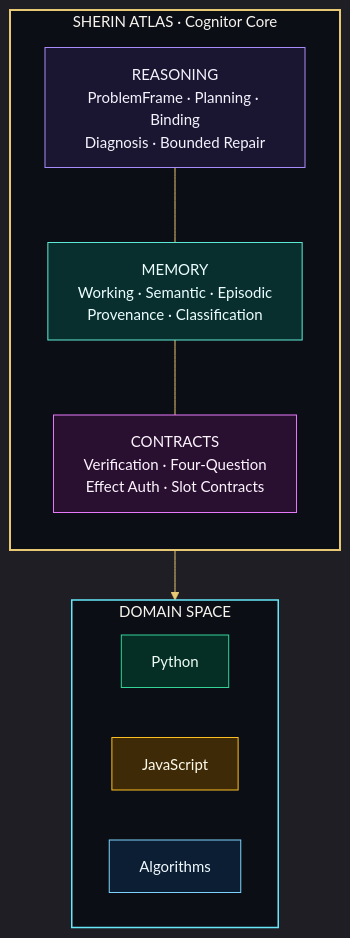
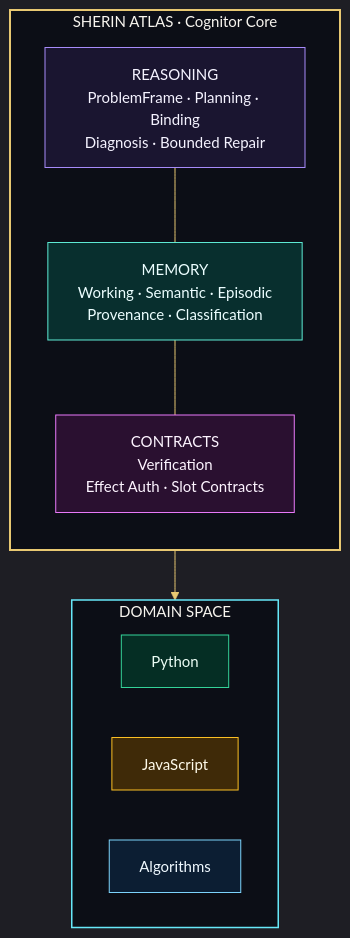
Before and after one commit to rafeez1819/SHERIN-ATLAS-ENGINE: the first of 7 diagrams in artifacts/sherin-atlas/README.md, drawn with Mermaid. The commit also changed other lines of this file and 3 other files, not shown here.

Commit message:
Remove four-question app section

````diff
--- a/artifacts/sherin-atlas/README.md
+++ b/artifacts/sherin-atlas/README.md
@@ -45,30 +45,30 @@
 ```mermaid
 %%{init: {'theme':'dark','themeVariables': {'fontFamily':'Inter, ui-sans-serif, system-ui','fontSize':'15px','lineColor':'#e8c872','primaryTextColor':'#f8f5ef'}}}%%
 flowchart TB
     subgraph CORE["SHERIN ATLAS  ·  Cognitor Core"]
         direction TB
         R["REASONING<br/>ProblemFrame · Planning · Binding<br/>Diagnosis · Bounded Repair"]
         M["MEMORY<br/>Working · Semantic · Episodic<br/>Provenance · Classification"]
-        C["CONTRACTS<br/>Verification · Four-Question<br/>Effect Auth · Slot Contracts"]
+        C["CONTRACTS<br/>Verification<br/>Effect Auth · Slot Contracts"]
     end
 
     subgraph DOMAINS["DOMAIN SPACE"]
         direction LR
         PY["Python"]
         JS["JavaScript"]
         ALGO["Algorithms"]
     end
 
     CORE --> DOMAINS
     R --- M
     M --- C
 
     style CORE fill:#0c0e16,stroke:#e8c872,stroke-width:2px,color:#f8f5ef
     style DOMAINS fill:#0c0e16,stroke:#67e8f9,stroke-width:1.5px,color:#f8f5ef
     style R fill:#1a1530,stroke:#a78bfa,color:#f5f3ff
     style M fill:#082f2e,stroke:#5eead4,color:#ecfeff
     style C fill:#2a1030,stroke:#e879f9,color:#fdf4ff
     style PY fill:#052e24,stroke:#34d399,color:#ecfdf5
     style JS fill:#3f2a08,stroke:#fbbf24,color:#fffbeb
     style ALGO fill:#0c1e33,stroke:#7dd3fc,color:#f0f9ff
 ```
````
